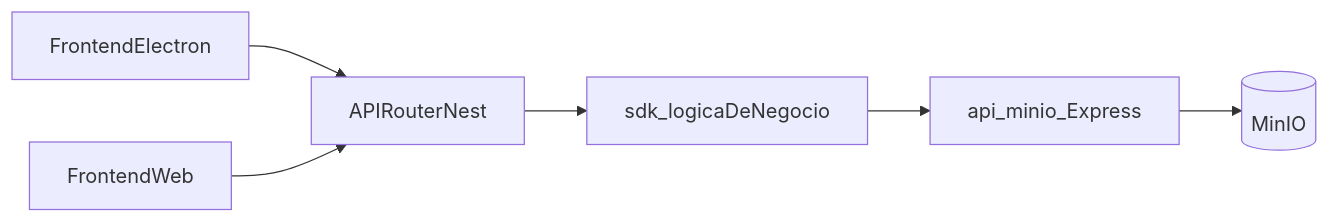
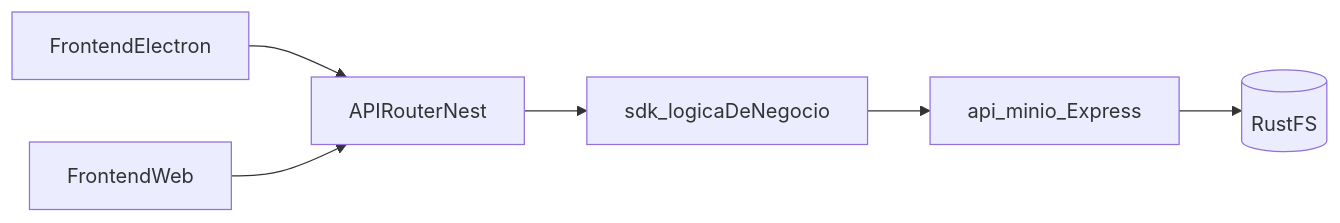
One commit to venturars/aTempo changed the first of 2 diagrams in docs/ARCHITECTURE.md. Above: the diagram before and after it, drawn with Mermaid. The commit also changed other lines of this file and 10 other files, not shown here.

First line of the commit message:
docs(api-minio): rebrand object store references to RustFS

````diff
--- a/docs/ARCHITECTURE.md
+++ b/docs/ARCHITECTURE.md
@@ -13,14 +13,14 @@
 ```mermaid
 flowchart LR
   electron[FrontendElectron]
   web[FrontendWeb]
   router[APIRouterNest]
   sdk[sdk_logicaDeNegocio]
-  minioApi[api_minio_Express]
-  minio[(MinIO)]
+  objectApi[api_minio_Express]
+  rustfs[(RustFS)]
   electron --> router
   web --> router
   router --> sdk
-  sdk --> minioApi
-  minioApi --> minio
+  sdk --> objectApi
+  objectApi --> rustfs
 ```
````
